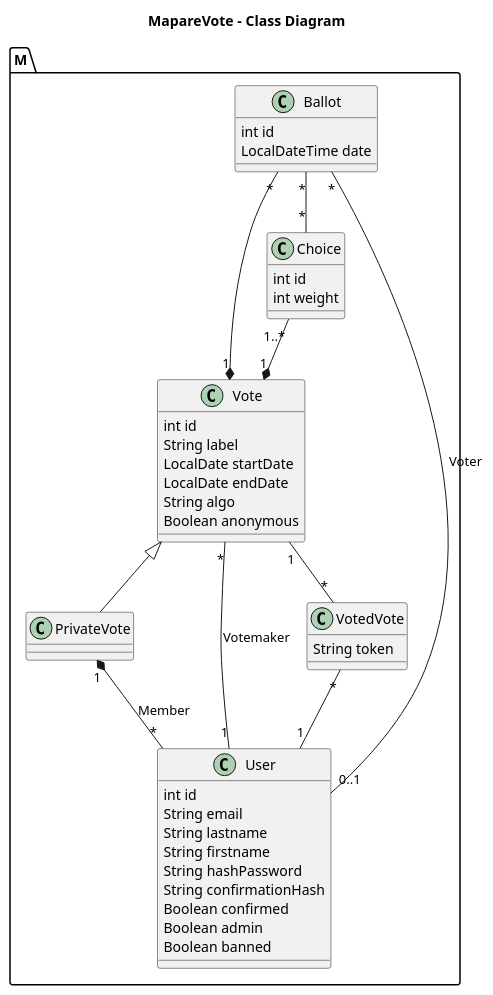
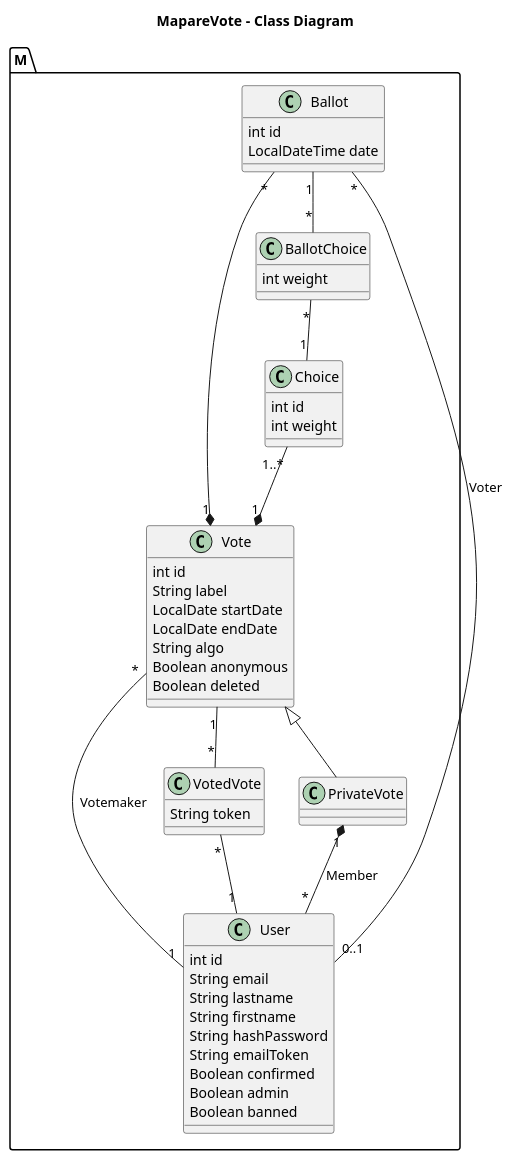
Before and after one commit to dptinfoutln/MapareVote: the diagram in UML/MapareVoteClass.iuml, drawn with PlantUML.

```diff
--- a/UML/MapareVoteClass.iuml
+++ b/UML/MapareVoteClass.iuml
@@ -1,55 +1,61 @@
 @startuml
 
 title MapareVote - Class Diagram
 
 package M {
     class Vote {
         int id
         String label
         LocalDate startDate
         LocalDate endDate
         String algo
         Boolean anonymous
+        Boolean deleted
     }
     
     class PrivateVote
     
     class Choice {
         int id
         int weight
     }
     
     class Ballot {
         int id
         LocalDateTime date
     }
     
     class User {
         int id
         String email
         String lastname
         String firstname
         String hashPassword
-        String confirmationHash
+        String emailToken
         Boolean confirmed
         Boolean admin
         Boolean banned
     }
     
     class VotedVote {
         String token
     }
+    
+    class BallotChoice {
+        int weight
+    }
 }
 
 
 Choice "1..*" --* "1" Vote
 Ballot "*" --* "1" Vote
-Ballot "*" -- "*" Choice
+Ballot "1" -- "*" BallotChoice
+BallotChoice "*" -- "1" Choice
 Ballot "*" -- "0..1" User:Voter
 Vote "*" --- "1" User:Votemaker
 PrivateVote "1" *-- "*" User:Member
 Vote "1"-- "*" VotedVote
 VotedVote "*" -- "1" User
 Vote <|-- PrivateVote
 
 @enduml
```
